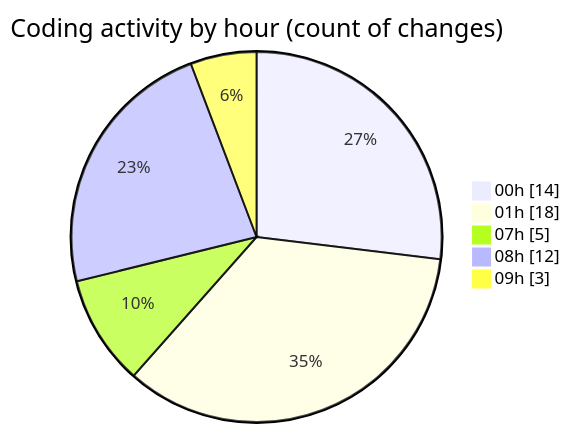
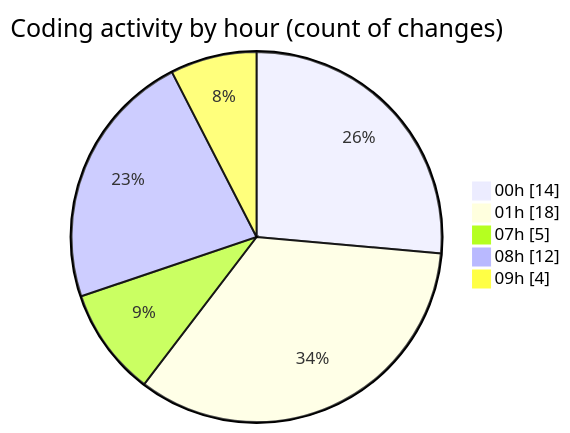
Before and after one commit to idhammustaqopulfikri/code-tracking: the second of 2 diagrams in 2025-06-23/studio-backend/README.md, drawn with Mermaid. The commit also changed other lines of this file and 1 other file, not shown here.

````diff
--- a/2025-06-23/studio-backend/README.md
+++ b/2025-06-23/studio-backend/README.md
@@ -33,9 +33,9 @@
 ```mermaid
 pie showData
 title Coding activity by hour (count of changes)
 "00h" : 14
 "01h" : 18
 "07h" : 5
 "08h" : 12
-"09h" : 3
+"09h" : 4
 ```
````
